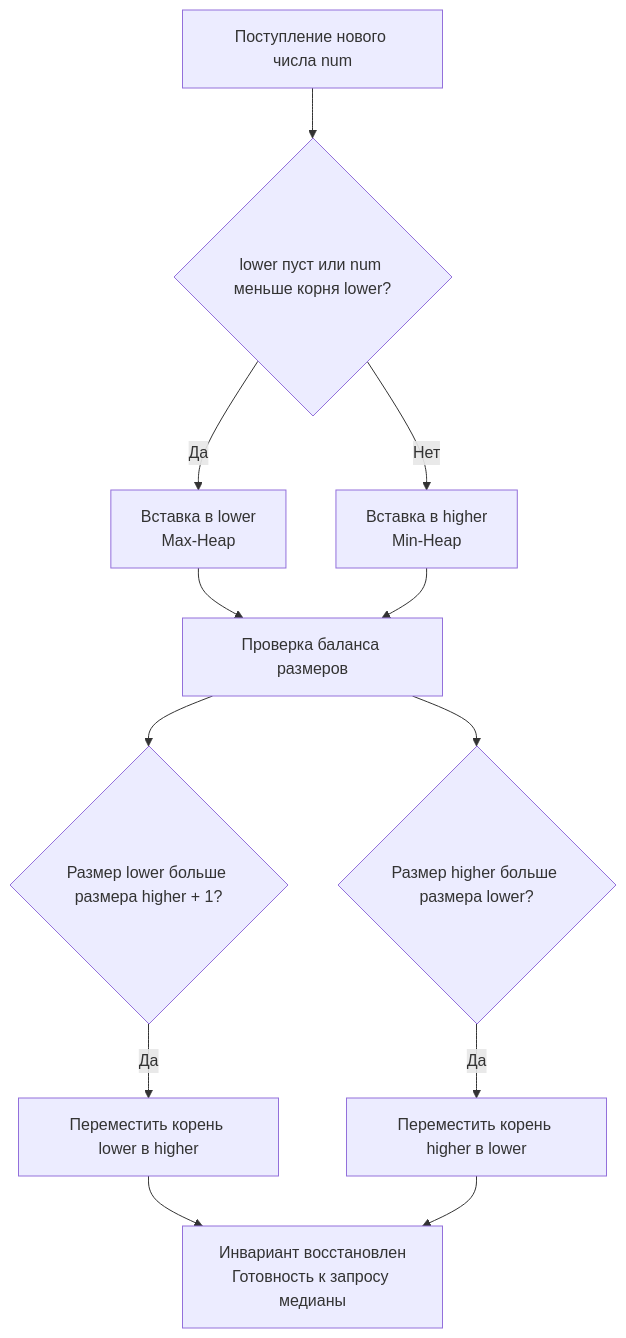
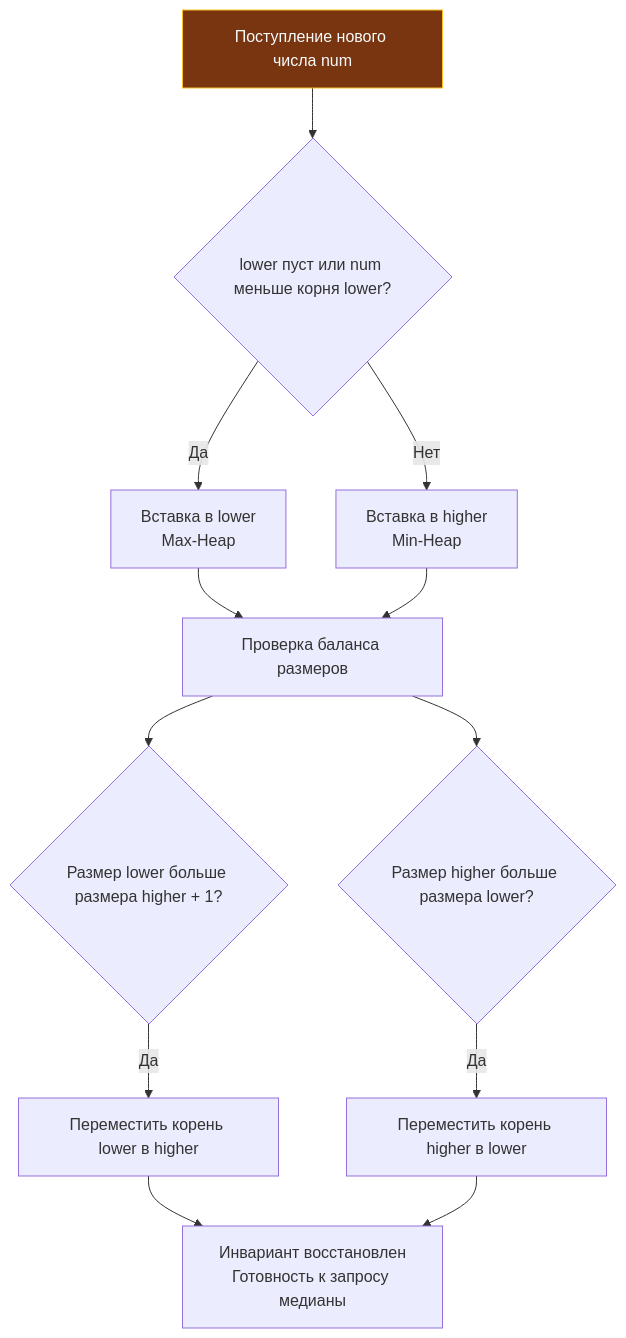
The first of 2 diagrams in sources/21. Задачи с LeetCode и собеседований на Go/02. Задачи/28. Потоковые алгоритмы/4. Median from Data Stream.md (UnrealTemplier/go-textbook), drawn with Mermaid before and after one commit. The commit also changed other lines of this file and 1666 other files, not shown here.

First line of the commit message:
feat(mermaid): add semantic color classDef to 1369 colorless flowchart/graph diagrams

````diff
--- a/sources/21. Задачи с LeetCode и собеседований на Go/02. Задачи/28. Потоковые алгоритмы/4. Median from Data Stream.md
+++ b/sources/21. Задачи с LeetCode и собеседований на Go/02. Задачи/28. Потоковые алгоритмы/4. Median from Data Stream.md
@@ -5,14 +5,24 @@
 ```mermaid
 flowchart TD
-  A["Поступление нового числа num"] --> B{"lower пуст или num меньше корня lower?"}
+    classDef process  fill:#1e293b,stroke:#38bdf8,stroke-width:1px,color:#f8fafc
+    classDef success  fill:#064e3b,stroke:#34d399,stroke-width:1px,color:#f8fafc
+    classDef error    fill:#7f1d1d,stroke:#f87171,stroke-width:1px,color:#f8fafc
+    classDef warning  fill:#78350f,stroke:#fbbf24,stroke-width:1px,color:#f8fafc
+    classDef entry    fill:#1e3a5f,stroke:#38bdf8,stroke-width:2px,color:#f8fafc
+    classDef aux      fill:#334155,stroke:#64748b,stroke-width:1px,color:#f8fafc
+    classDef system   fill:#312e81,stroke:#a78bfa,stroke-width:1px,color:#f8fafc
+    classDef data     fill:#132d29,stroke:#2dd4bf,stroke-width:1px,color:#f8fafc
+    classDef network  fill:#881337,stroke:#fb7185,stroke-width:1px,color:#f8fafc
+    classDef accent   fill:#1e1b4b,stroke:#818cf8,stroke-width:1px,color:#f8fafc
+  A["Поступление нового числа num"]:::warning --> B{"lower пуст или num меньше корня lower?"}
   B -->|Да| C["Вставка в lower<br>Max-Heap"]
   B -->|Нет| D["Вставка в higher<br>Min-Heap"]
   C --> E["Проверка баланса размеров"]
   D --> E
   E --> F{"Размер lower больше размера higher + 1?"}
   F -->|Да| G["Переместить корень lower в higher"]
   E --> H{"Размер higher больше размера lower?"}
   H -->|Да| I["Переместить корень higher в lower"]
   G --> J["Инвариант восстановлен<br>Готовность к запросу медианы"]
   I --> J
 ```
````
